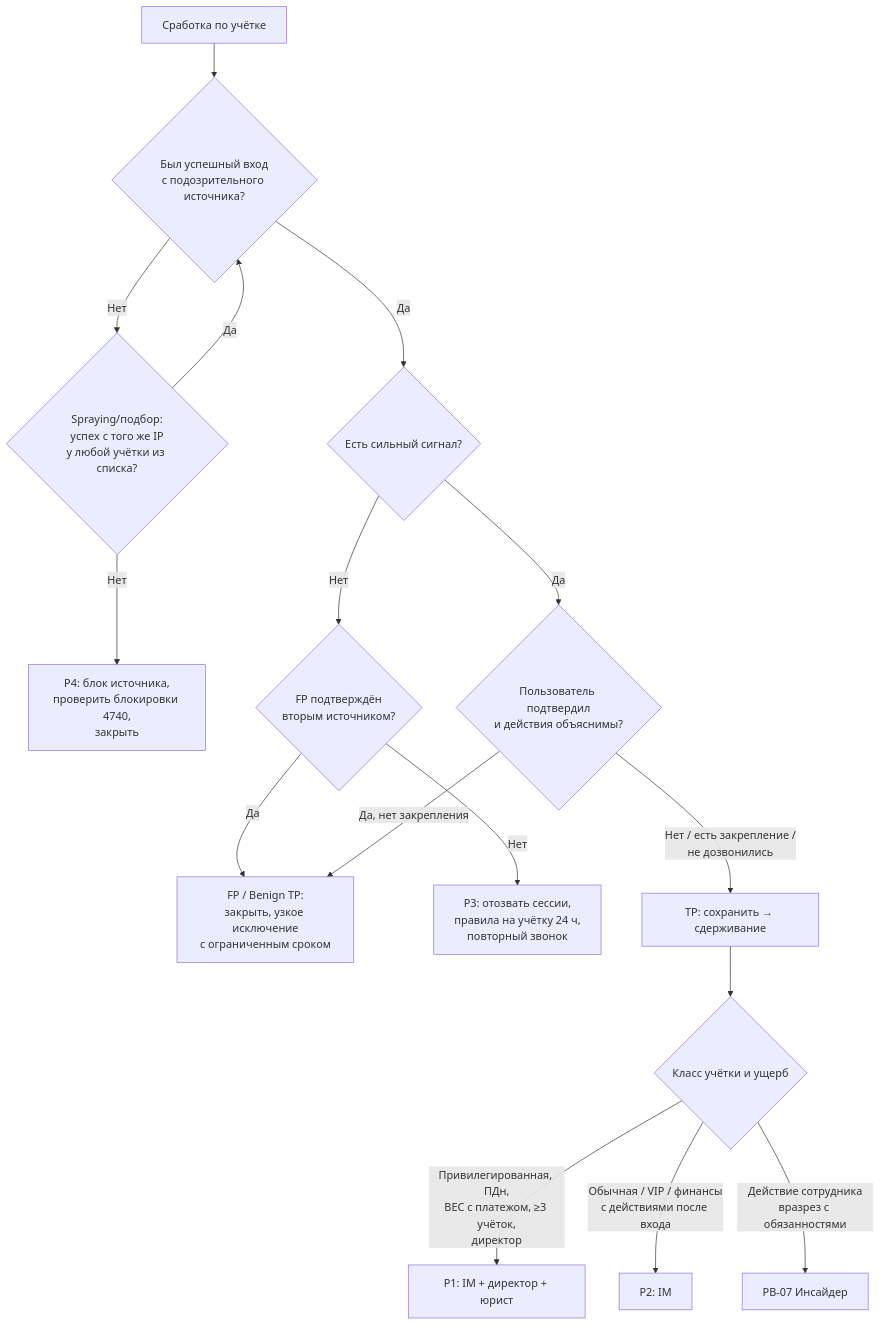
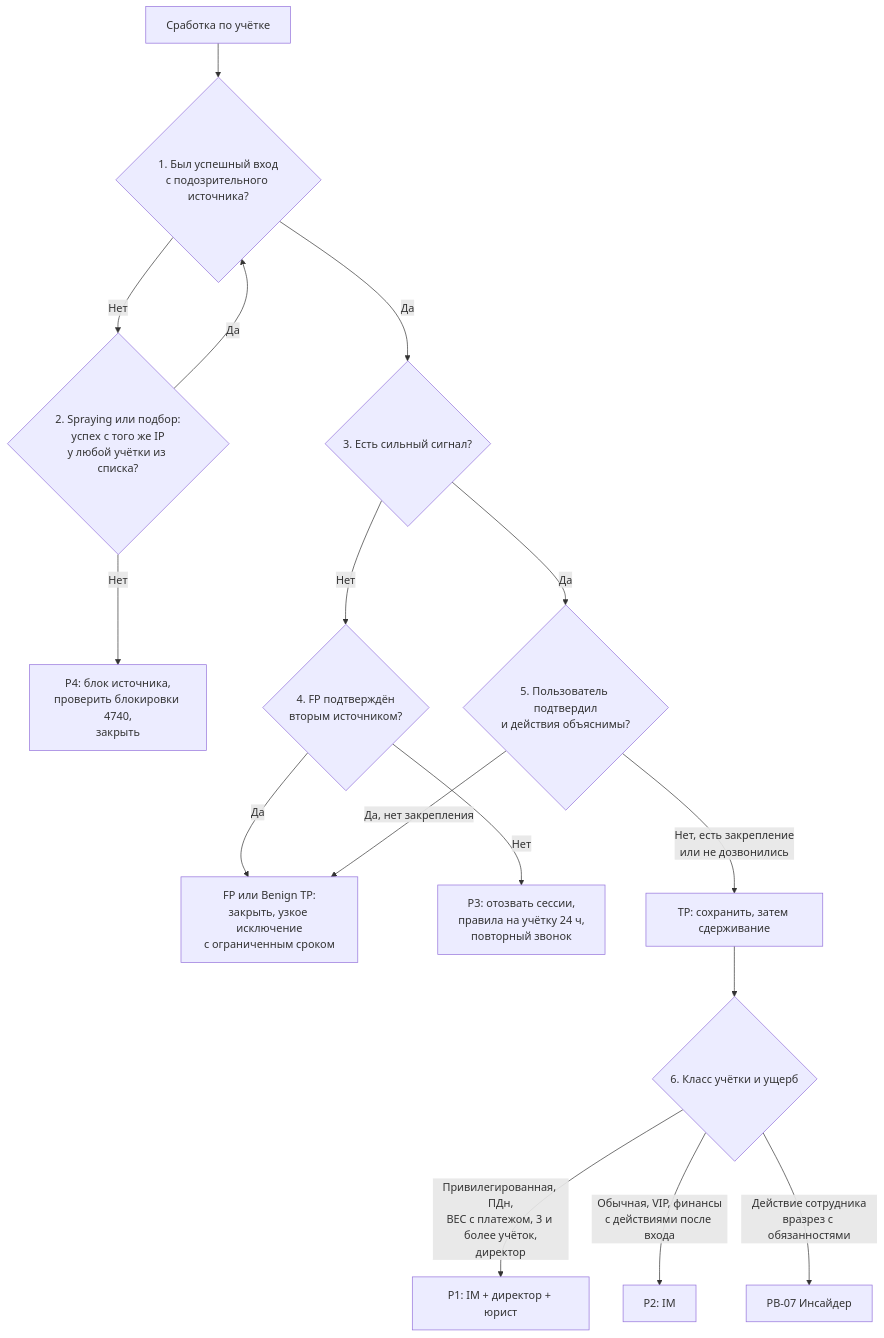
One commit to vehpbkrby/security-playbook changed the diagram in playbooks/PB-03-account-compromise.md. Above: the diagram before and after it, drawn with Mermaid. The commit also changed other lines of this file and 13 other files, not shown here.

````diff
--- a/playbooks/PB-03-account-compromise.md
+++ b/playbooks/PB-03-account-compromise.md
@@ -151,18 +149,18 @@
 ```mermaid
 flowchart TD
-    A[Сработка по учётке] --> B{Был успешный вход<br/>с подозрительного источника?}
-    B -- Нет --> C{Spraying/подбор:<br/>успех с того же IP<br/>у любой учётки из списка?}
+    A[Сработка по учётке] --> B{1. Был успешный вход<br/>с подозрительного источника?}
+    B -- Нет --> C{2. Spraying или подбор:<br/>успех с того же IP<br/>у любой учётки из списка?}
     C -- Нет --> P4[P4: блок источника,<br/>проверить блокировки 4740,<br/>закрыть]
     C -- Да --> B
-    B -- Да --> D{Есть сильный сигнал?}
-    D -- Нет --> E{FP подтверждён<br/>вторым источником?}
-    E -- Да --> FP[FP / Benign TP:<br/>закрыть, узкое исключение<br/>с ограниченным сроком]
+    B -- Да --> D{3. Есть сильный сигнал?}
+    D -- Нет --> E{4. FP подтверждён<br/>вторым источником?}
+    E -- Да --> FP[FP или Benign TP:<br/>закрыть, узкое исключение<br/>с ограниченным сроком]
     E -- Нет --> P3[P3: отозвать сессии,<br/>правила на учётку 24 ч,<br/>повторный звонок]
-    D -- Да --> F{Пользователь подтвердил<br/>и действия объяснимы?}
+    D -- Да --> F{5. Пользователь подтвердил<br/>и действия объяснимы?}
     F -- Да, нет закрепления --> FP
-    F -- Нет / есть закрепление /<br/>не дозвонились --> TP[TP: сохранить → сдерживание]
-    TP --> G{Класс учётки и ущерб}
-    G -- Привилегированная, ПДн,<br/>BEC с платежом, ≥3 учёток,<br/>директор --> P1[P1: IM + директор + юрист]
-    G -- Обычная / VIP / финансы<br/>с действиями после входа --> P2[P2: IM]
+    F -- Нет, есть закрепление<br/>или не дозвонились --> TP[TP: сохранить, затем сдерживание]
+    TP --> G{6. Класс учётки и ущерб}
+    G -- Привилегированная, ПДн,<br/>BEC с платежом, 3 и более учёток,<br/>директор --> P1[P1: IM + директор + юрист]
+    G -- Обычная, VIP, финансы<br/>с действиями после входа --> P2[P2: IM]
     G -- Действие сотрудника<br/>вразрез с обязанностями --> PB07[PB-07 Инсайдер]
 ```
````
